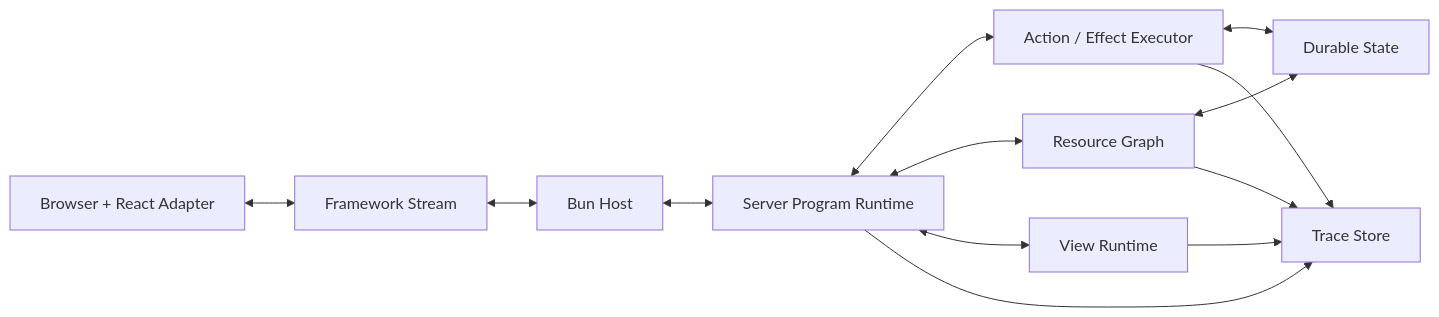
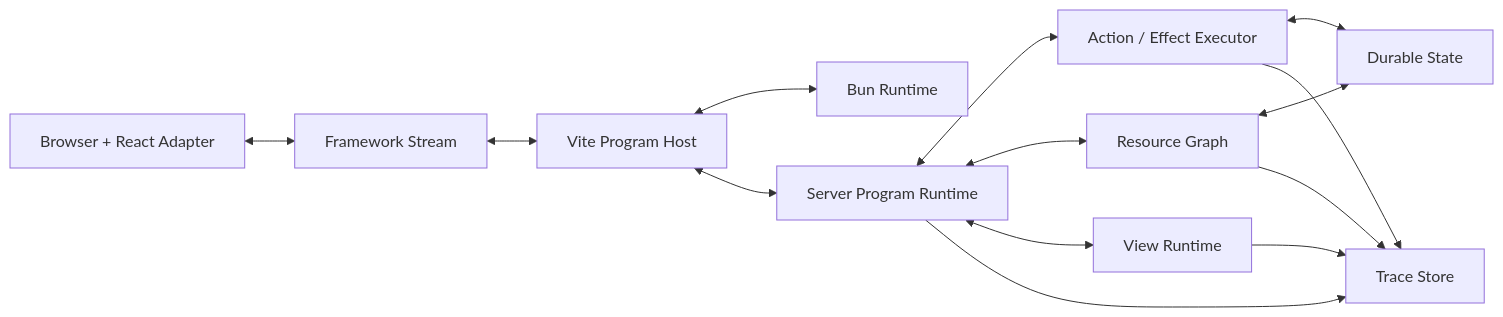
One commit to rzxx/stupid-fp-framework changed the diagram in docs/design/runtime.md. Above: the diagram before and after it, drawn with Mermaid. The commit also changed other lines of this file and 8 other files, not shown here.

Commit message:
Document Vite host as canonical

````diff
--- a/docs/design/runtime.md
+++ b/docs/design/runtime.md
@@ -9,25 +9,27 @@
 ```mermaid
 flowchart LR
   Browser["Browser + React Adapter"]
   Stream["Framework Stream"]
-  Bun["Bun Host"]
+  Host["Vite Program Host"]
+  Bun["Bun Runtime"]
   Runtime["Server Program Runtime"]
   Actions["Action / Effect Executor"]
   Resources["Resource Graph"]
   Views["View Runtime"]
   Trace["Trace Store"]
   Durable["Durable State"]
 
   Browser <--> Stream
-  Stream <--> Bun
-  Bun <--> Runtime
+  Stream <--> Host
+  Host <--> Bun
+  Host <--> Runtime
   Runtime <--> Actions
   Runtime <--> Resources
   Runtime <--> Views
   Actions <--> Durable
   Resources <--> Durable
   Runtime --> Trace
   Actions --> Trace
   Resources --> Trace
   Views --> Trace
 ```
````
